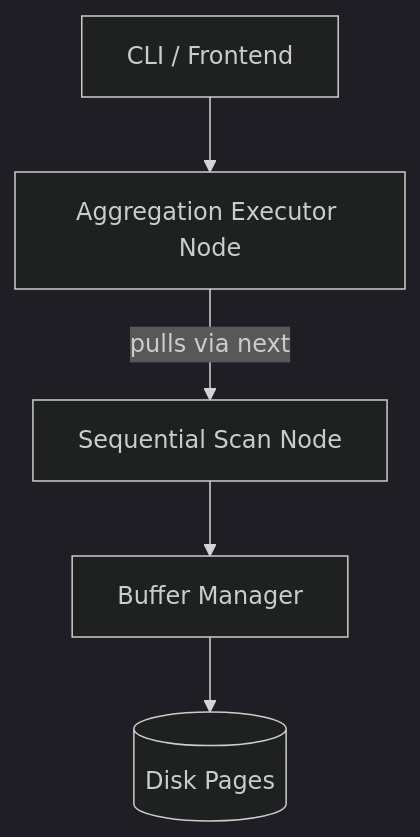
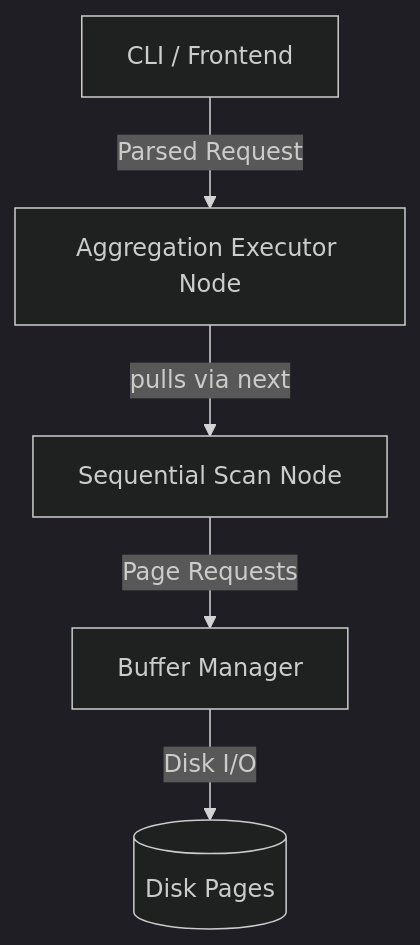
Before and after one commit to RookDB/docs: the diagram in content/storage-engine/projects/select-project-aggregate/aggregatation.md, drawn with Mermaid (dark theme). The commit also changed other lines of this file, not shown here.

Commit message:
Updated documentation to include execution flow, hash aggregation, having expression evaluation

````diff
--- a/content/storage-engine/projects/select-project-aggregate/aggregatation.md
+++ b/content/storage-engine/projects/select-project-aggregate/aggregatation.md
@@ -12,7 +12,7 @@
 ```mermaid
 graph TD
-    Client[CLI / Frontend] --> Agg[Aggregation Executor Node]
+    Client[CLI / Frontend] -->|Parsed Request| Agg[Aggregation Executor Node]
     Agg -->|pulls via next| Scan[Sequential Scan Node]
-    Scan --> Buff[Buffer Manager]
-    Buff --> Disk[(Disk Pages)]
+    Scan -->|Page Requests| Buff[Buffer Manager]
+    Buff -->|Disk I/O| Disk[(Disk Pages)]
 ```
````
